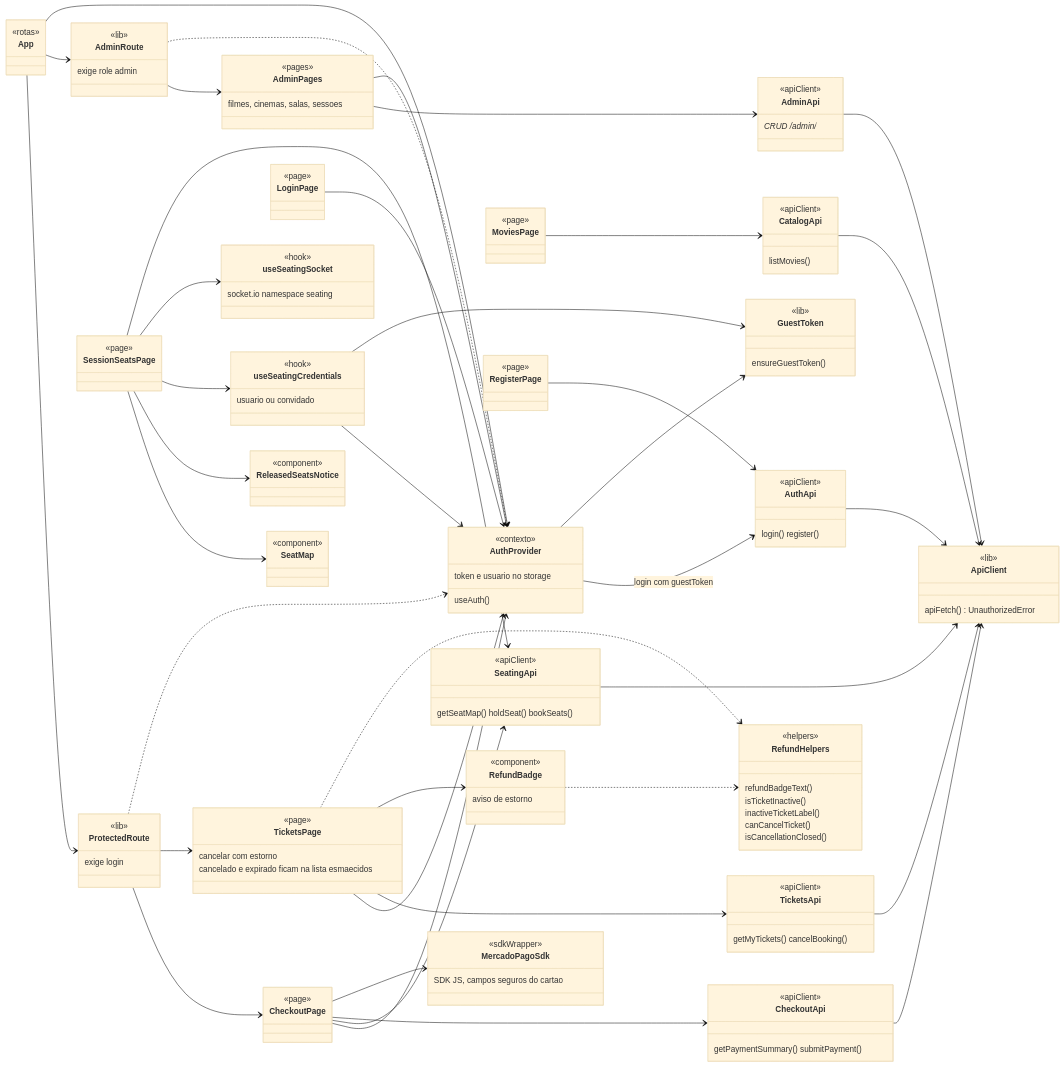
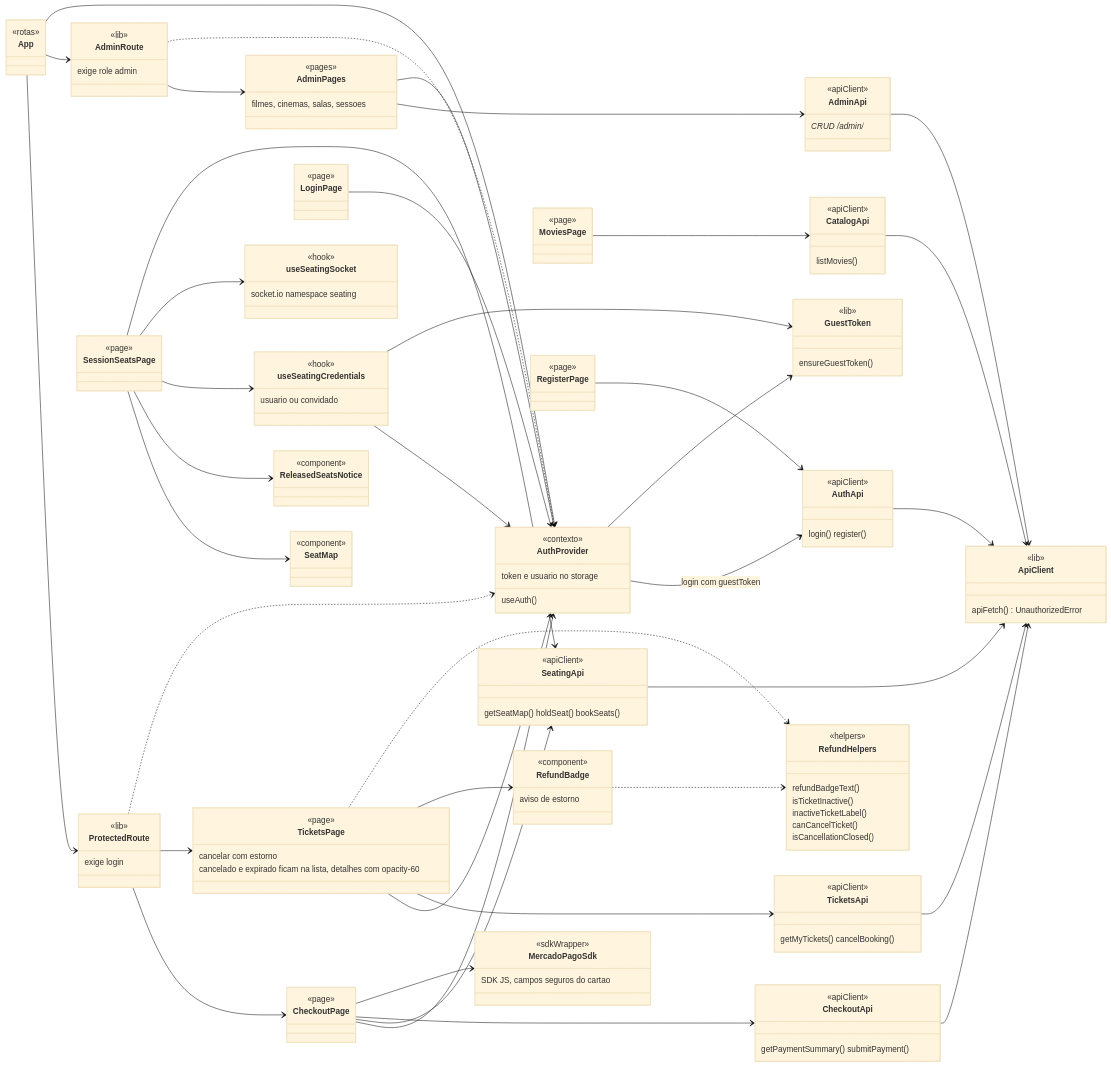
The diagram in docs/flows/frontend/class.md (D4rkM/movietickets), drawn with Mermaid (base theme) before and after one commit.

Commit message:
docs: ingresso esmaecido no diagrama do front (opacity-60)

```diff
--- a/docs/flows/frontend/class.md
+++ b/docs/flows/frontend/class.md
@@ -40,7 +40,7 @@
     class TicketsPage {
         <<page>>
         cancelar com estorno
-        cancelado e expirado ficam na lista esmaecidos
+        cancelado e expirado ficam na lista, detalhes com opacity-60
     }
     class RefundBadge {
         <<component>>
```
